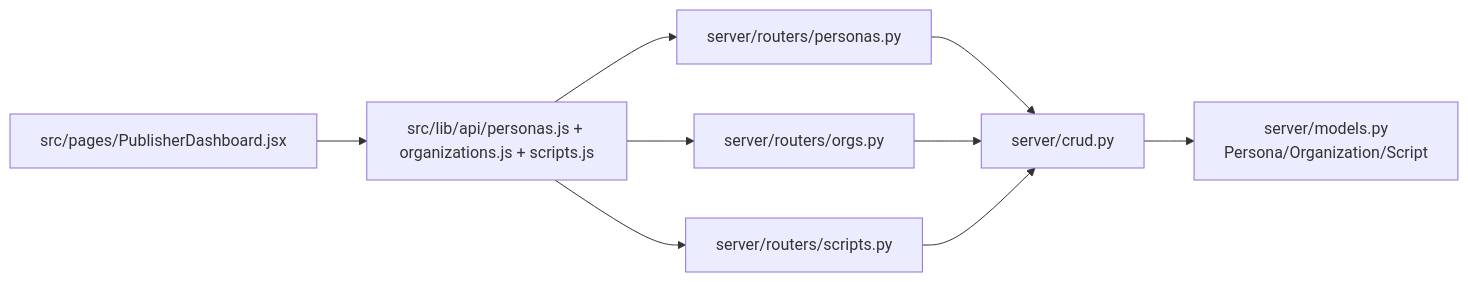
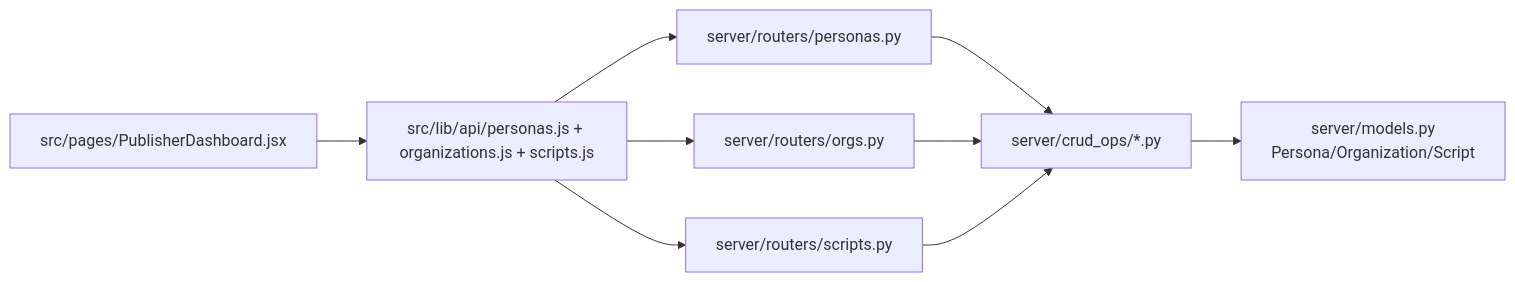
Before and after one commit to Shawn-csy/write_project: the fourth of 15 diagrams in docs/product/data-flows.md, drawn with Mermaid. The commit also changed other lines of this file and 5 other files, not shown here.

Commit message:
Document PostgreSQL-first architecture and update CRUD path references

````diff
--- a/docs/product/data-flows.md
+++ b/docs/product/data-flows.md
@@ -61,11 +61,11 @@
 ```mermaid
 flowchart LR
   A[src/pages/PublisherDashboard.jsx] --> B[src/lib/api/personas.js + organizations.js + scripts.js]
   B --> C[server/routers/personas.py]
   B --> D[server/routers/orgs.py]
   B --> E[server/routers/scripts.py]
-  C --> F[server/crud.py]
+  C --> F[server/crud_ops/*.py]
   D --> F
   E --> F
   F --> G[server/models.py\nPersona/Organization/Script]
 ```
````
